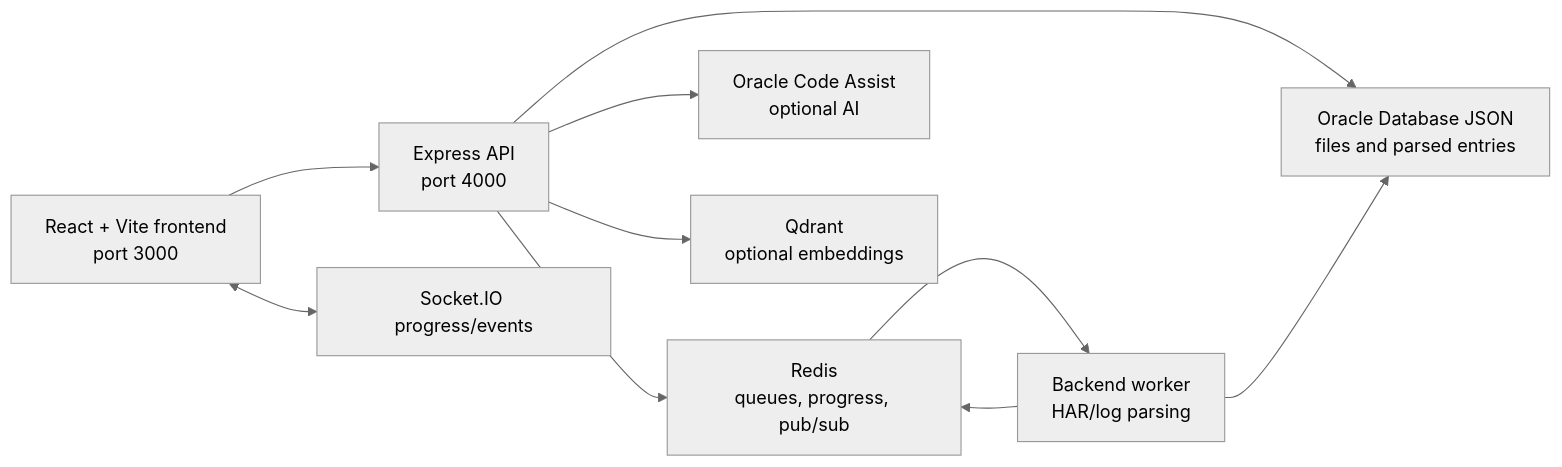
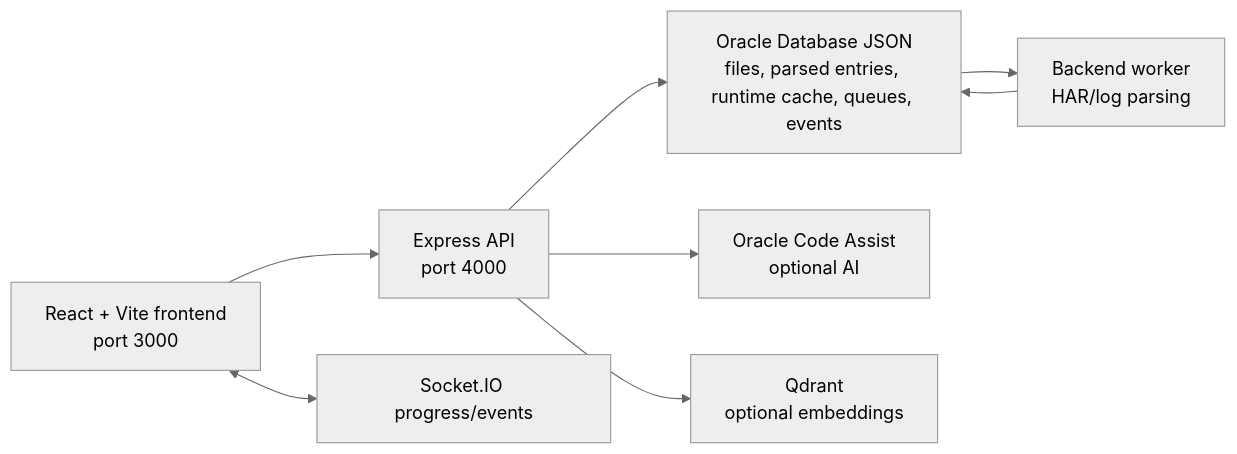
The diagram in README.md (swarnim-sawane/HAR-File-Analyser), drawn with Mermaid (neutral theme) before and after one commit. The commit also changed other lines of this file and 43 other files, not shown here.

Commit message:
replace redis runtime with oracle runtime

````diff
--- a/README.md
+++ b/README.md
@@ -33,12 +32,10 @@
 ```mermaid
 flowchart LR
     Browser["React + Vite frontend\nport 3000"] --> API["Express API\nport 4000"]
     Browser <--> Socket["Socket.IO progress/events"]
-    API --> Redis["Redis\nqueues, progress, pub/sub"]
-    API --> Oracle["Oracle Database JSON\nfiles and parsed entries"]
-    Redis --> Worker["Backend worker\nHAR/log parsing"]
+    API --> Oracle["Oracle Database JSON\nfiles, parsed entries, runtime cache, queues, events"]
+    Oracle --> Worker["Backend worker\nHAR/log parsing"]
     Worker --> Oracle
-    Worker --> Redis
     API --> OCA["Oracle Code Assist\noptional AI"]
     API --> Qdrant["Qdrant\noptional embeddings"]
 ```
````
